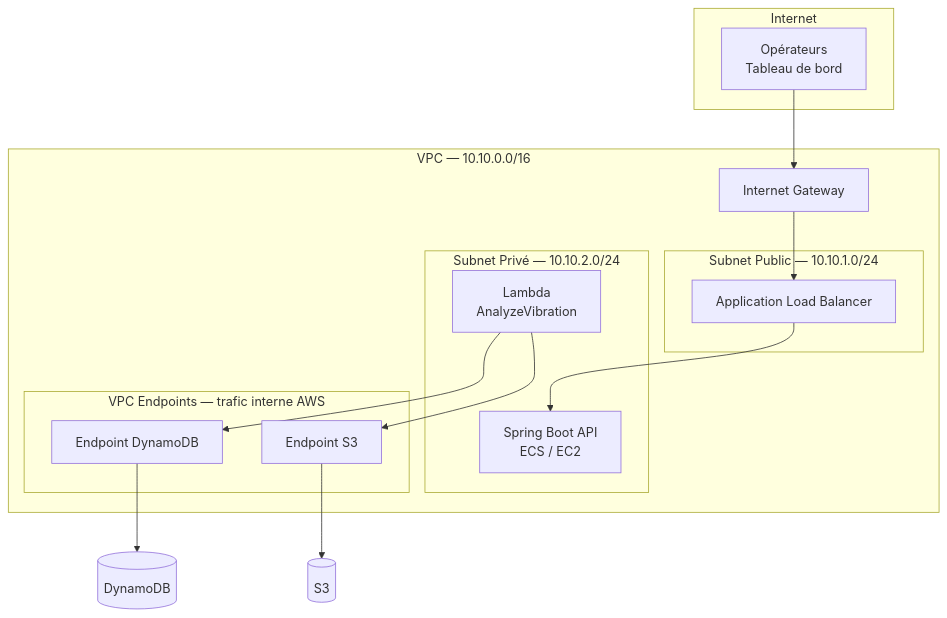
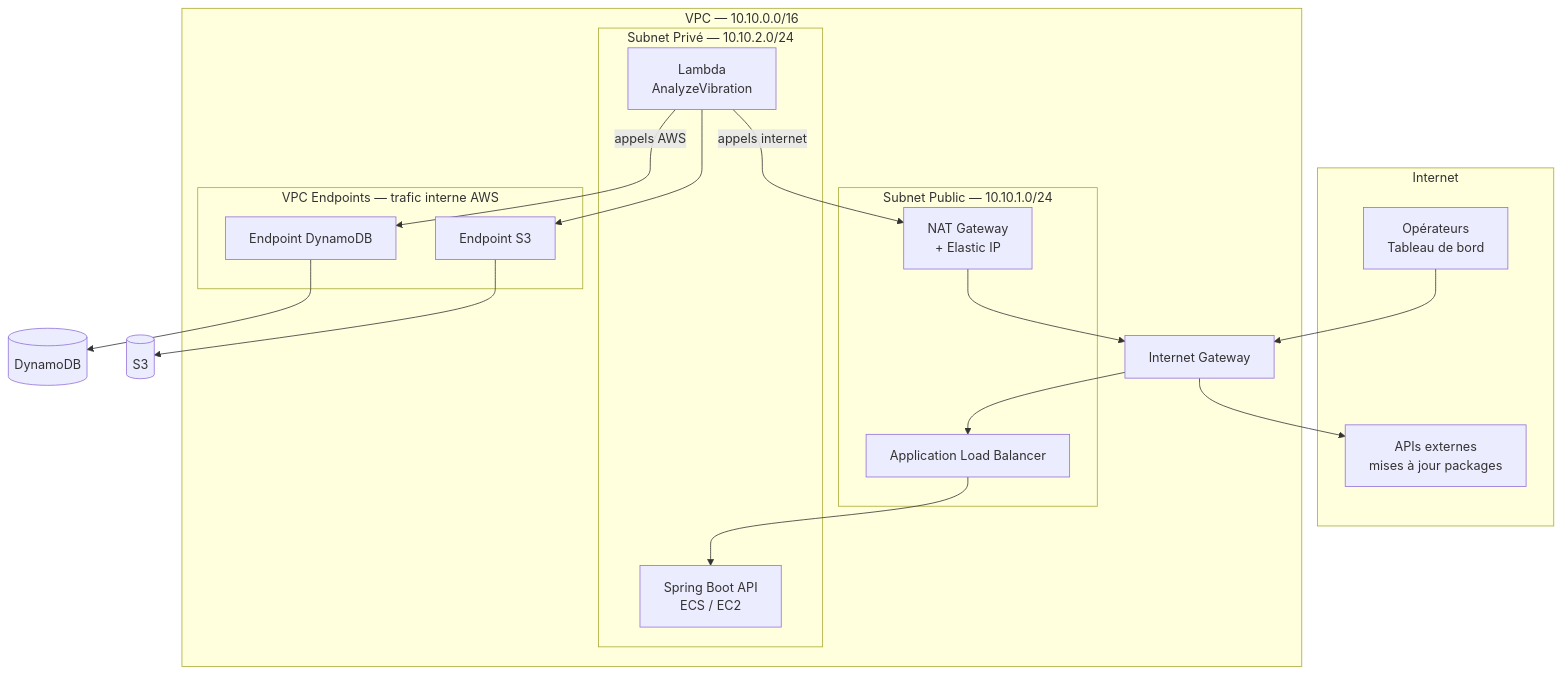
The eighth of 8 diagrams in docs/architecture/components.md (lansanconde/smart-assembly-line), drawn with Mermaid before and after one commit. The commit also changed other lines of this file and 2 other files, not shown here.

Commit message:
feat (vpc) : add NAT Gatway - Jour 8 done, destroy after lab

````diff
--- a/docs/architecture/components.md
+++ b/docs/architecture/components.md
@@ -470,31 +470,36 @@
 ```mermaid
 flowchart TB
     subgraph INTERNET["Internet"]
         OPS[Opérateurs
 Tableau de bord]
+        EXT[APIs externes
+mises à jour packages]
     end
 
     subgraph VPC["VPC — 10.10.0.0/16"]
         IGW[Internet Gateway]
 
         subgraph PUBLIC["Subnet Public — 10.10.1.0/24"]
             ALB[Application Load Balancer]
+            NAT[NAT Gateway
++ Elastic IP]
         end
 
         subgraph PRIVATE["Subnet Privé — 10.10.2.0/24"]
             LAMBDA_VPC[Lambda
 AnalyzeVibration]
             API_VPC[Spring Boot API
 ECS / EC2]
         end
 
         subgraph ENDPOINTS["VPC Endpoints — trafic interne AWS"]
             EP_DDB[Endpoint DynamoDB]
             EP_S3[Endpoint S3]
         end
     end
 
     OPS --> IGW --> ALB --> API_VPC
-    LAMBDA_VPC --> EP_DDB --> DDB[(DynamoDB)]
+    LAMBDA_VPC -->|appels AWS| EP_DDB --> DDB[(DynamoDB)]
     LAMBDA_VPC --> EP_S3 --> S3[(S3)]
+    LAMBDA_VPC -->|appels internet| NAT --> IGW --> EXT
 ```
````
